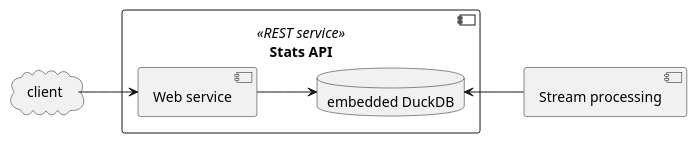
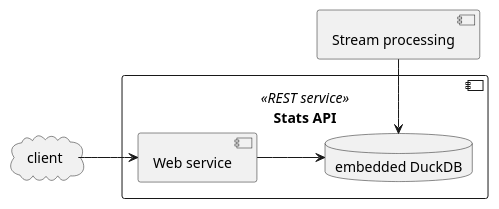
Before and after one commit to GIScience/ohsome-now-stats: the second of 2 diagrams in doc/shortlist-comparison-databases.adoc, drawn with PlantUML. The commit also changed other lines of this file, not shown here.

Commit message:
add details to architecture section

```diff
--- a/doc/shortlist-comparison-databases.adoc
+++ b/doc/shortlist-comparison-databases.adoc
@@ -65,20 +80,19 @@
 [plantuml,svg]
 -------------------------------------------
 left to right direction
 
 cloud client
 'component "Stats API" <<REST service>> as server
 component "Stream processing" as stream
 
 component "Stats API" <<REST service>> as server {
 database "embedded DuckDB" as db
 component "Web service" as service
 
 }
 
-
-db <-- stream
+db <- stream
 service --> db
 client --> service
 
 -------------------------------------------
```
